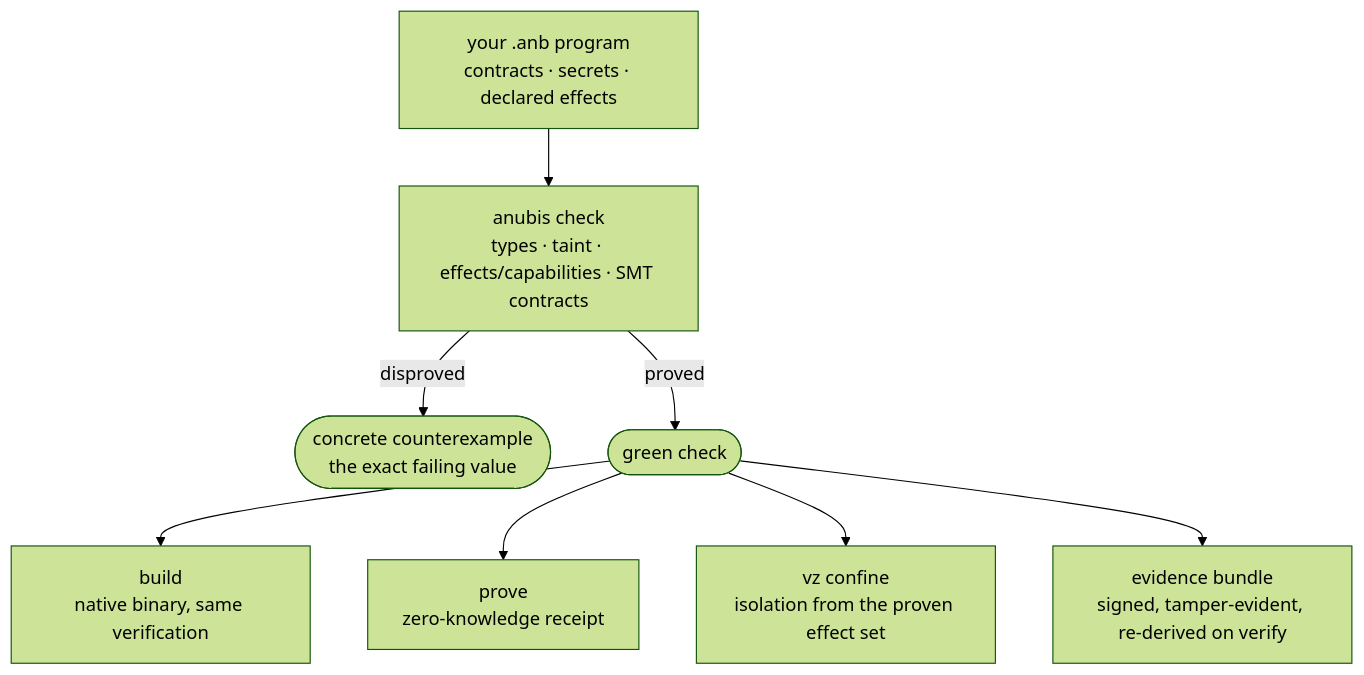
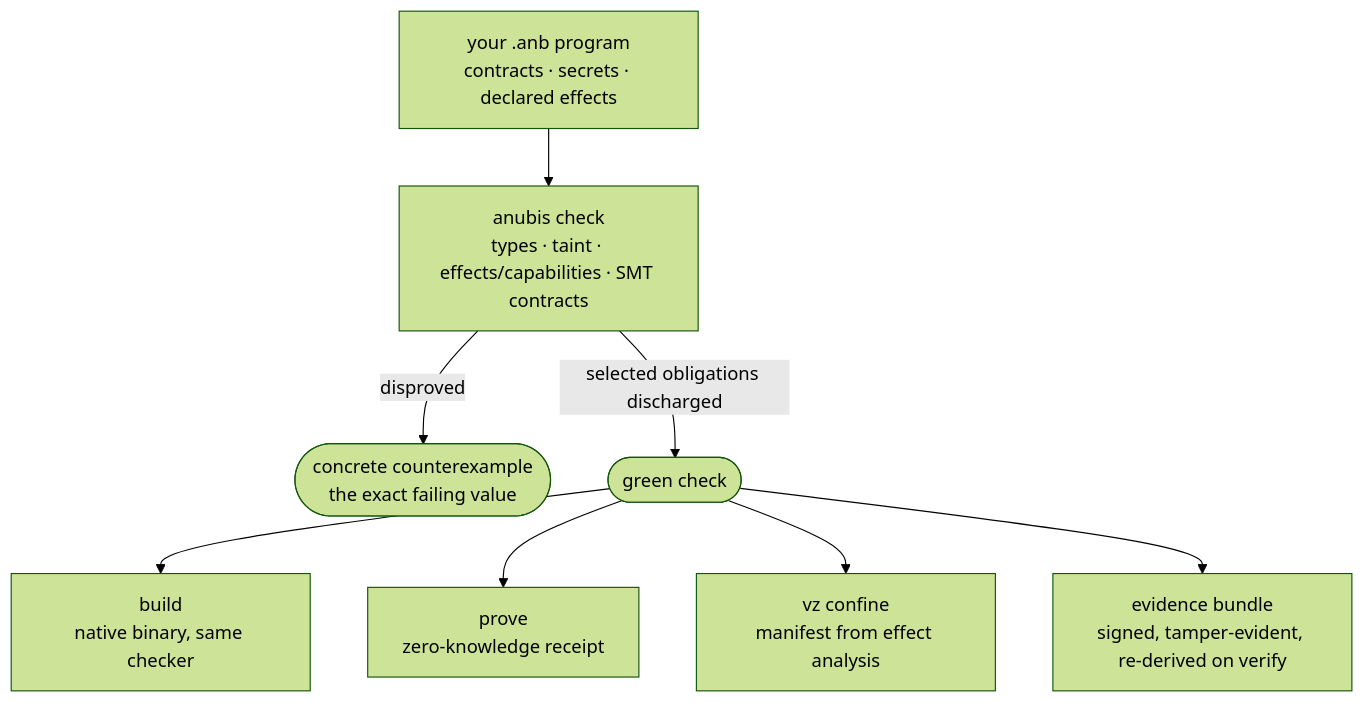
Before and after one commit to AnubisQuantumCipher/anubis-lang: the diagram in README.md, drawn with Mermaid (forest theme). The commit also changed other lines of this file and 4 other files, not shown here.

````diff
--- a/README.md
+++ b/README.md
@@ -43,11 +45,11 @@
 ```mermaid
 flowchart TD
     SRC["your .anb program<br/>contracts · secrets · declared effects"]
     SRC --> CHK["anubis check<br/>types · taint · effects/capabilities · SMT contracts"]
     CHK -->|disproved| CE(["concrete counterexample<br/>the exact failing value"])
-    CHK -->|proved| OK(["green check"])
-    OK --> B["build<br/>native binary, same verification"]
+    CHK -->|selected obligations discharged| OK(["green check"])
+    OK --> B["build<br/>native binary, same checker"]
     OK --> P["prove<br/>zero-knowledge receipt"]
-    OK --> C["vz confine<br/>isolation from the proven effect set"]
+    OK --> C["vz confine<br/>manifest from effect analysis"]
     OK --> E["evidence bundle<br/>signed, tamper-evident, re-derived on verify"]
 ```
````
